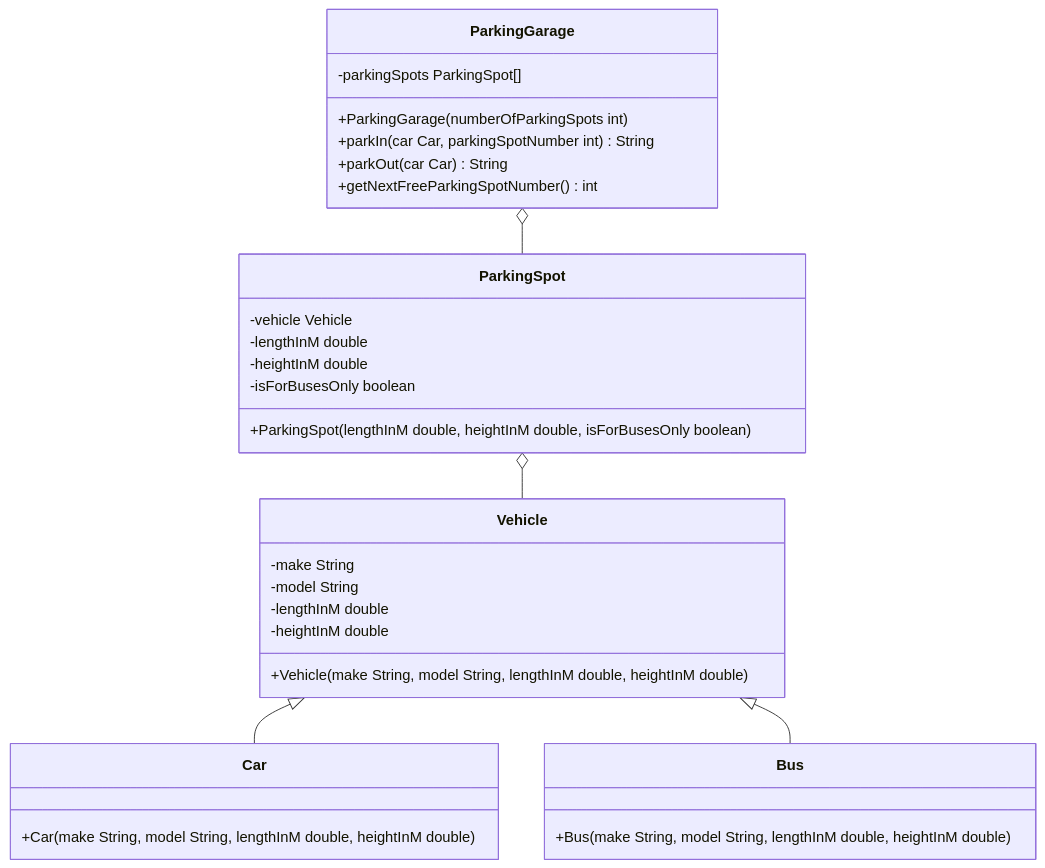
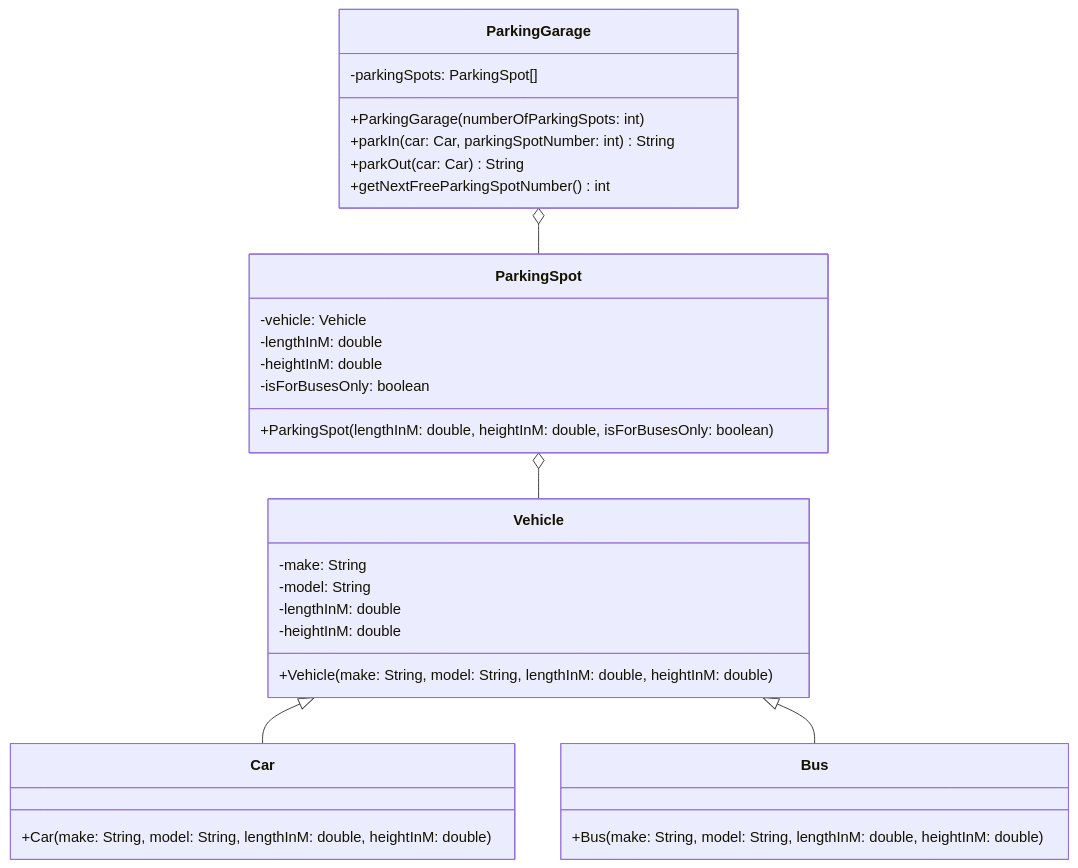
Before and after one commit to jappuccini/java-docs: the diagram in docs/exam-exercises/exam-exercises-java1/parking-garage.md, drawn with Mermaid. The commit also changed other lines of this file and 76 other files, not shown here.

Commit message:
uml fixes (colons, properties), headline fixes (italic) and exam result updates

````diff
--- a/docs/exam-exercises/exam-exercises-java1/parking-garage.md
+++ b/docs/exam-exercises/exam-exercises-java1/parking-garage.md
@@ -12,39 +12,39 @@
 ```mermaid
 classDiagram
     ParkingGarage o-- ParkingSpot
     ParkingSpot o-- Vehicle
     Vehicle <|-- Car
     Vehicle <|-- Bus
 
     class ParkingSpot {
-        -vehicle Vehicle
-        -lengthInM double
-        -heightInM double
-        -isForBusesOnly boolean
-        +ParkingSpot(lengthInM double, heightInM double, isForBusesOnly boolean)
+        -vehicle: Vehicle
+        -lengthInM: double
+        -heightInM: double
+        -isForBusesOnly: boolean
+        +ParkingSpot(lengthInM: double, heightInM: double, isForBusesOnly: boolean)
     }
 
     class Vehicle {
-        -make String
-        -model String
-        -lengthInM double
-        -heightInM double
-        +Vehicle(make String, model String, lengthInM double, heightInM double)
+        -make: String
+        -model: String
+        -lengthInM: double
+        -heightInM: double
+        +Vehicle(make: String, model: String, lengthInM: double, heightInM: double)
     }
 
     class Car {
-        +Car(make String, model String, lengthInM double, heightInM double)
+        +Car(make: String, model: String, lengthInM: double, heightInM: double)
     }
 
     class Bus {
-        +Bus(make String, model String, lengthInM double, heightInM double)
+        +Bus(make: String, model: String, lengthInM: double, heightInM: double)
     }
 
     class ParkingGarage {
-        -parkingSpots ParkingSpot[]
-        +ParkingGarage(numberOfParkingSpots int)
-        +parkIn(car Car, parkingSpotNumber int) String
-        +parkOut(car Car) String
+        -parkingSpots: ParkingSpot[]
+        +ParkingGarage(numberOfParkingSpots: int)
+        +parkIn(car: Car, parkingSpotNumber: int) String
+        +parkOut(car: Car) String
         +getNextFreeParkingSpotNumber() int
     }
 ```
````
